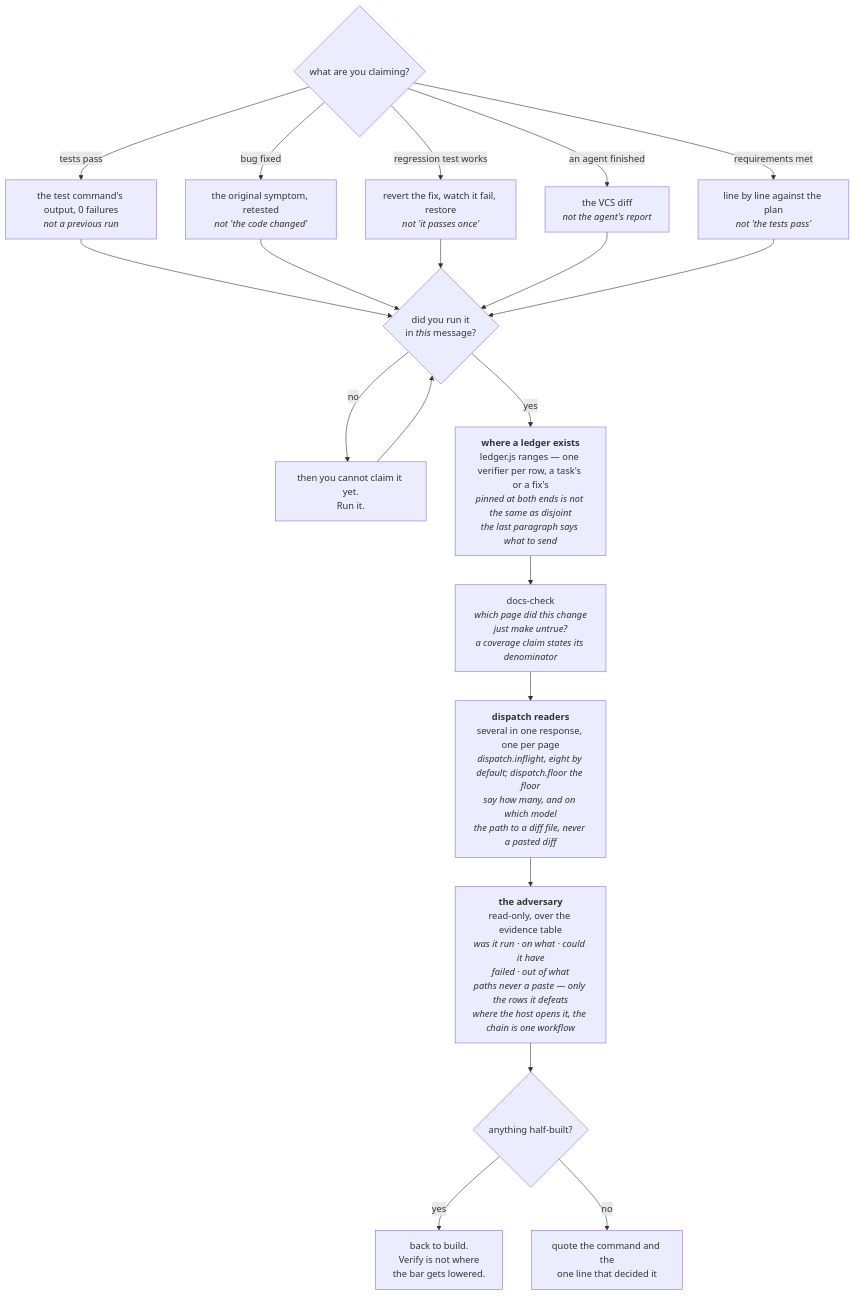
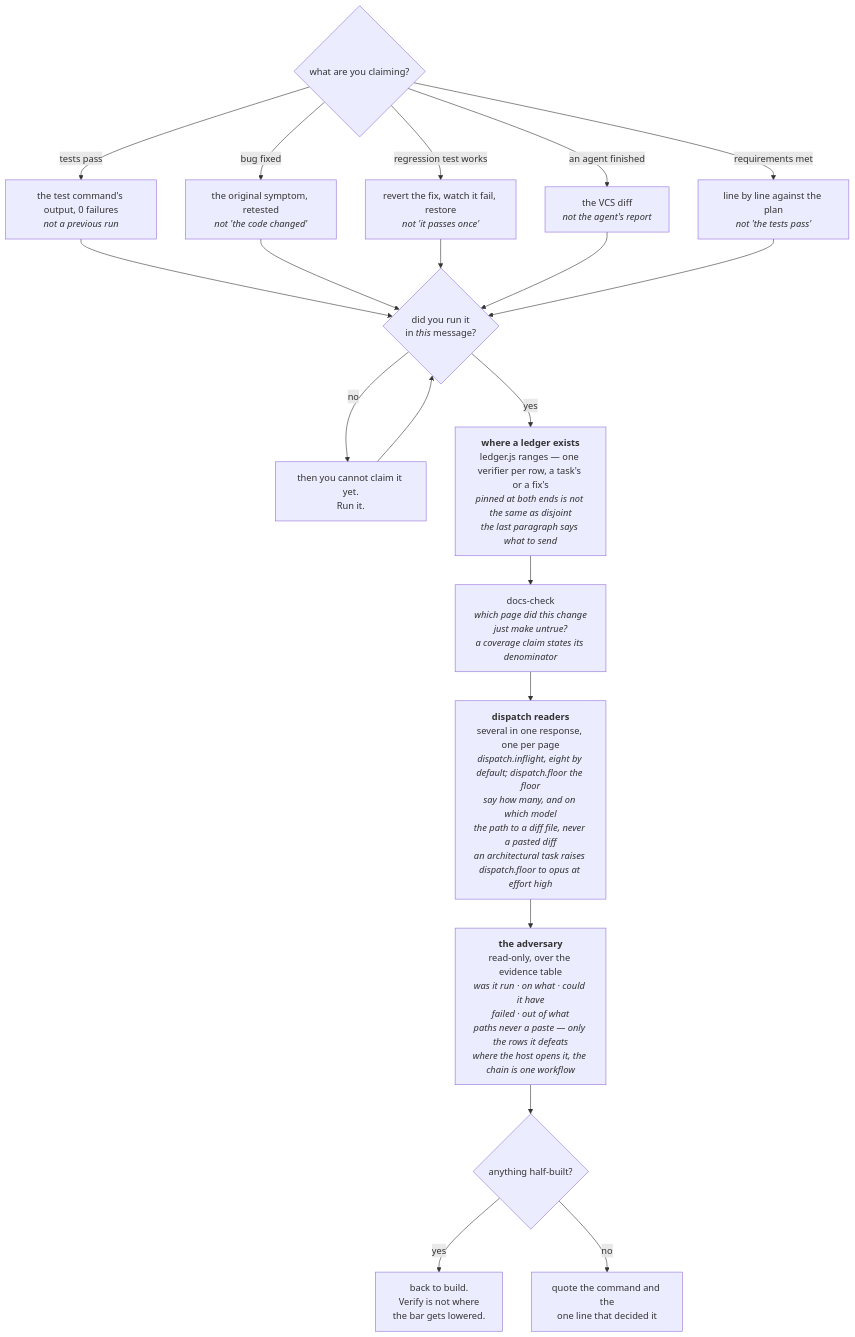
Before and after one commit to FanFantom9452/FanKeel: the sixth of 8 diagrams in docs/02-architecture/pipeline.md, drawn with Mermaid. The commit also changed other lines of this file and 12 other files, not shown here.

````diff
--- a/docs/02-architecture/pipeline.md
+++ b/docs/02-architecture/pipeline.md
@@ -651,38 +652,38 @@
 ```mermaid
 flowchart TD
     A{"what are you claiming?"}
     A1["the test command's output, 0 failures<br/><i>not a previous run</i>"]
     A2["the original symptom, retested<br/><i>not 'the code changed'</i>"]
     A3["revert the fix, watch it fail, restore<br/><i>not 'it passes once'</i>"]
     A4["the VCS diff<br/><i>not the agent's report</i>"]
     A5["line by line against the plan<br/><i>not 'the tests pass'</i>"]
     B{"did you run it<br/>in <i>this</i> message?"}
     C["then you cannot claim it yet.<br/>Run it."]
     D0["<b>where a ledger exists</b><br/>ledger.js ranges — one verifier per row, a task's or a fix's<br/><i>pinned at both ends is not the same as disjoint</i><br/><i>the last paragraph says what to send</i>"]
     D["docs-check<br/><i>which page did this change<br/>just make untrue?</i><br/><i>a coverage claim states its denominator</i>"]
-    D1["<b>dispatch readers</b><br/>several in one response, one per page<br/><i>dispatch.inflight, eight by default; dispatch.floor the floor</i><br/><i>say how many, and on which model</i><br/><i>the path to a diff file, never a pasted diff</i>"]
+    D1["<b>dispatch readers</b><br/>several in one response, one per page<br/><i>dispatch.inflight, eight by default; dispatch.floor the floor</i><br/><i>say how many, and on which model</i><br/><i>the path to a diff file, never a pasted diff</i><br/><i>an architectural task raises dispatch.floor to opus at effort high</i>"]
     D2["<b>the adversary</b><br/>read-only, over the evidence table<br/><i>was it run · on what · could it have<br/>failed · out of what</i><br/><i>paths never a paste — only the rows it defeats</i><br/><i>where the host opens it, the chain is one workflow</i>"]
     E{"anything half-built?"}
     F["back to build.<br/>Verify is not where<br/>the bar gets lowered."]
     G["quote the command and the<br/>one line that decided it"]
 
     A -- "tests pass" --> A1
     A -- "bug fixed" --> A2
     A -- "regression test works" --> A3
     A -- "an agent finished" --> A4
     A -- "requirements met" --> A5
     A1 --> B
     A2 --> B
     A3 --> B
     A4 --> B
     A5 --> B
     B -- no --> C
     C --> B
     B -- yes --> D0
     D0 --> D
     D --> D1
     D1 --> D2
     D2 --> E
     E -- yes --> F
     E -- no --> G
 ```
````
